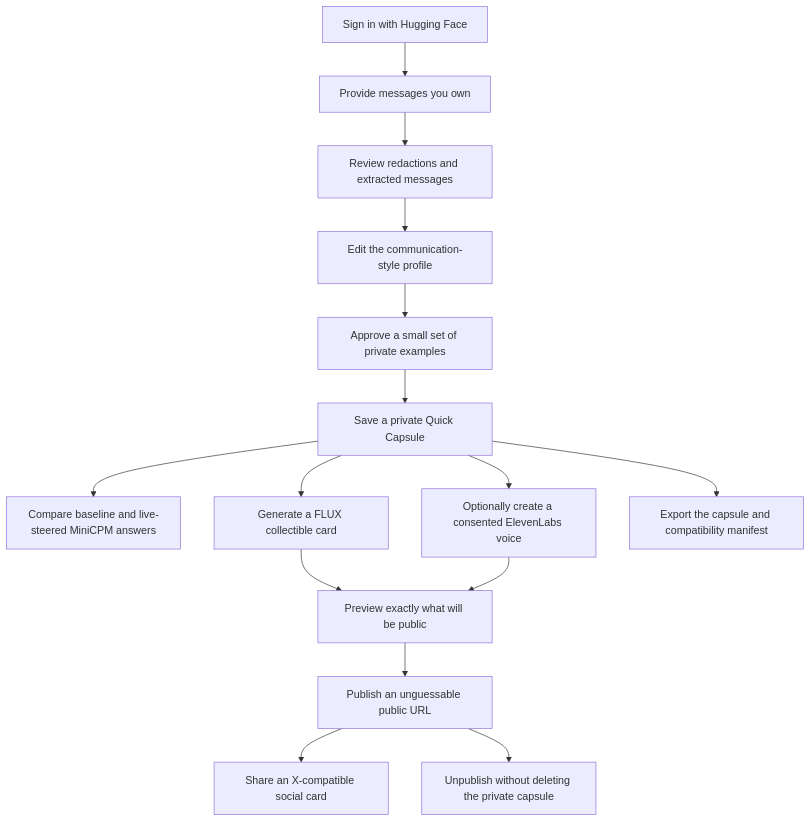
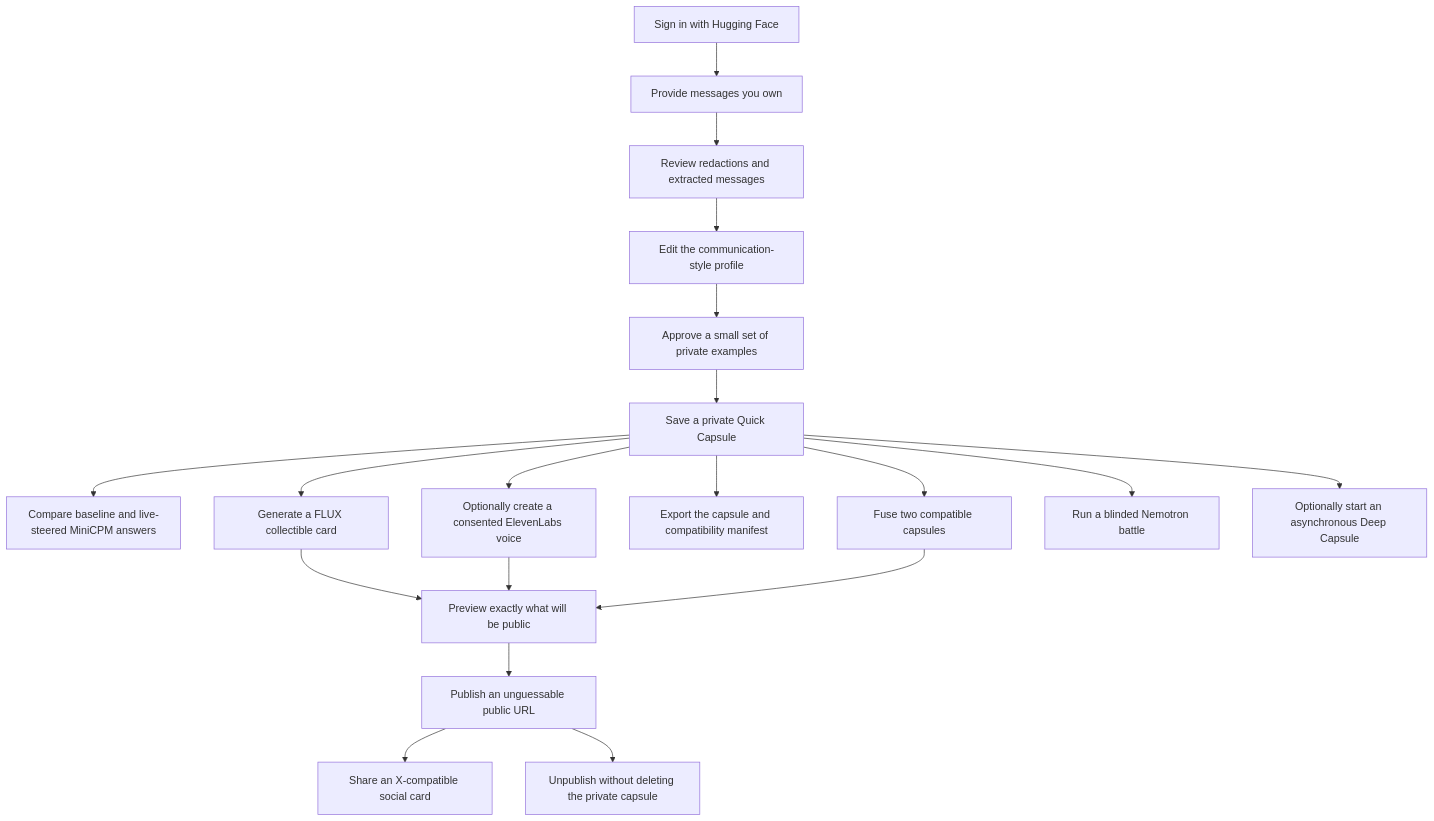
The first of 3 diagrams in README.md (perfect7613/persona-capsule), drawn with Mermaid before and after one commit. The commit also changed other lines of this file and 32 other files, not shown here.

Commit message:
Complete fusion battle and Deep Capsule slices

````diff
--- a/README.md
+++ b/README.md
@@ -62,17 +88,21 @@
 ```mermaid
 flowchart TD
     A["Sign in with Hugging Face"] --> B["Provide messages you own"]
     B --> C["Review redactions and extracted messages"]
     C --> D["Edit the communication-style profile"]
     D --> E["Approve a small set of private examples"]
     E --> F["Save a private Quick Capsule"]
     F --> G["Compare baseline and live-steered MiniCPM answers"]
     F --> H["Generate a FLUX collectible card"]
     F --> I["Optionally create a consented ElevenLabs voice"]
     F --> J["Export the capsule and compatibility manifest"]
+    F --> O["Fuse two compatible capsules"]
+    F --> P["Run a blinded Nemotron battle"]
+    F --> Q["Optionally start an asynchronous Deep Capsule"]
     H --> K["Preview exactly what will be public"]
     I --> K
+    O --> K
     K --> L["Publish an unguessable public URL"]
     L --> M["Share an X-compatible social card"]
     L --> N["Unpublish without deleting the private capsule"]
 ```
````
